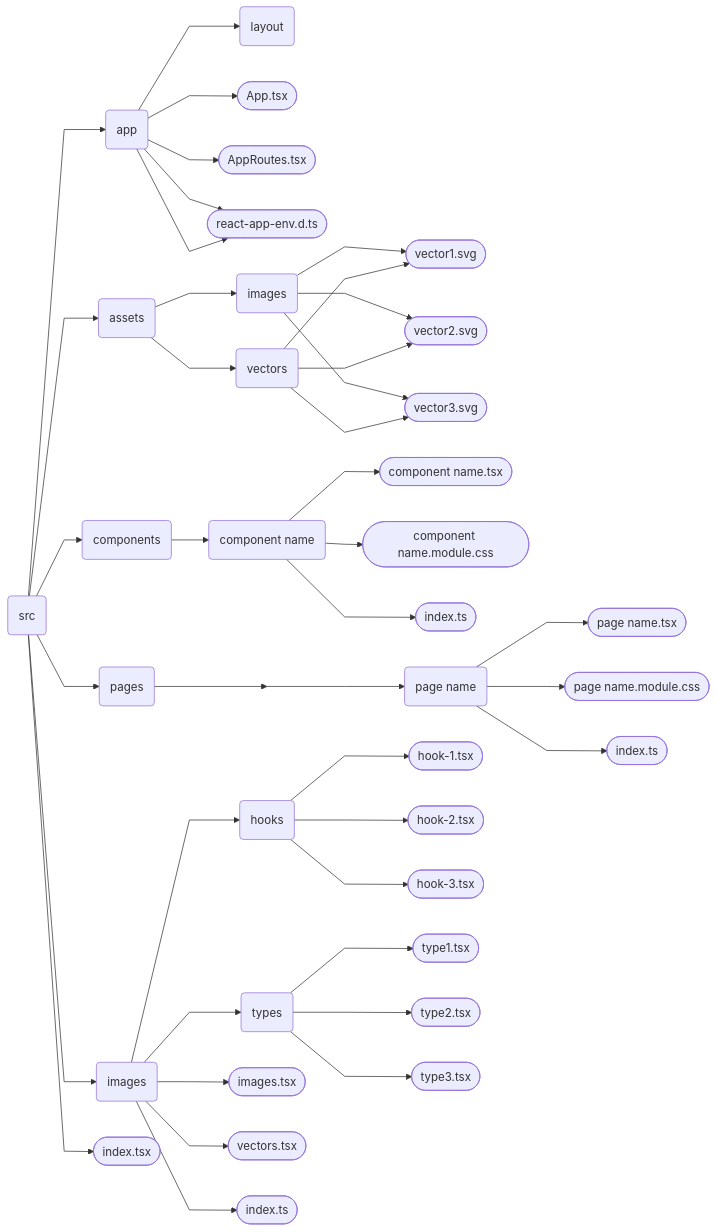
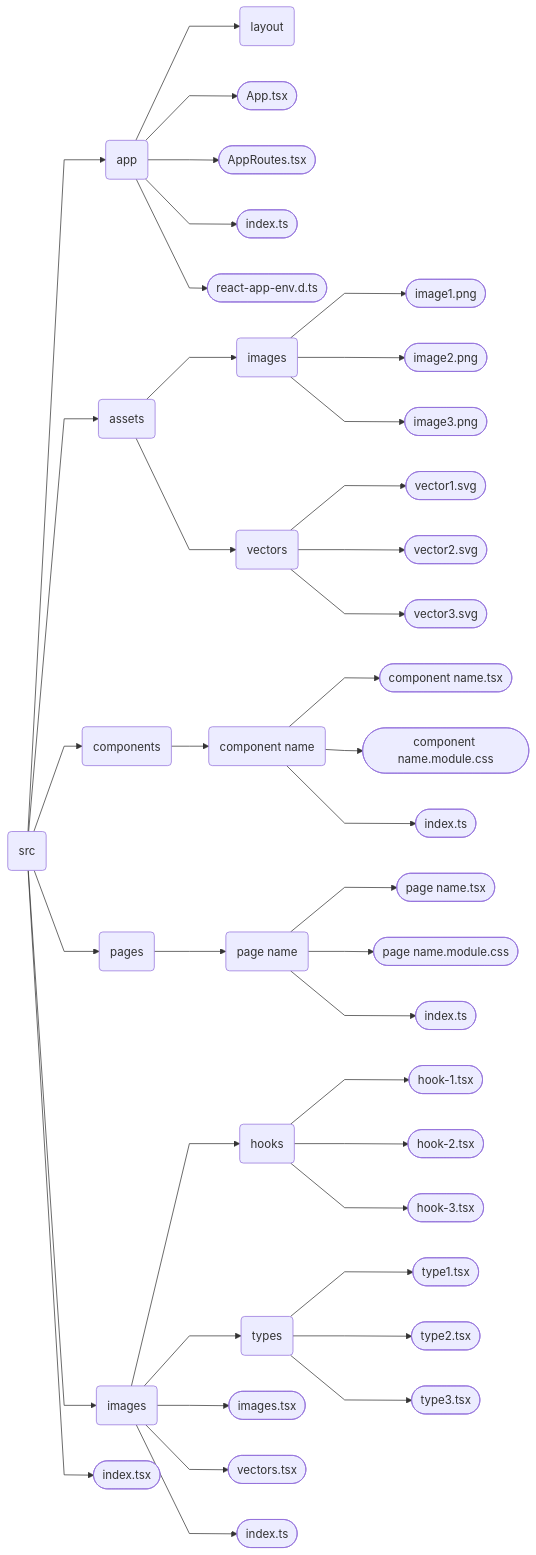
Before and after one commit to TereshonokMaksim/Unmanned-Project_FRONT: the diagram in README.md, drawn with Mermaid.

Commit message:
README preview testing

````diff
--- a/README.md
+++ b/README.md
@@ -106,64 +106,60 @@
 ```mermaid
 %%{ init : { "theme" : "default", "flowchart" : { "curve" : "linear" } }}%%
 
 flowchart LR
 
     A(src) --> L(app)
     A(src) --> K(assets)
     A(src) --> J(components)
     A(src) --> I(pages)
     A(src) --> H(shared)
     A(src) --> G([index.tsx])
 
 
     L(app) --> DB(layout)
     L(app) --> DC([App.tsx])
     L(app) --> DD([AppRoutes.tsx])
     L(app) --> DE([index.ts])
-    L(app) --> DE([react-app-env.d.ts])
+    L(app) --> DF([react-app-env.d.ts])
 
 
     K(assets) --> KB(images)
     K(assets) --> KC(vectors)
 
-    KB(images) --> KDB([image1.png])
-    KB(images) --> KDC([image2.png])
-    KB(images) --> KDD([image3.png])
+    KB(images) --> KBB([image1.png])
+    KB(images) --> KBC([image2.png])
+    KB(images) --> KBD([image3.png])
 
-    KC(vectors) --> KDB([vector1.svg])
-    KC(vectors) --> KDC([vector2.svg])
-    KC(vectors) --> KDD([vector3.svg])
+    KC(vectors) --> KCB([vector1.svg])
+    KC(vectors) --> KCC([vector2.svg])
+    KC(vectors) --> KCD([vector3.svg])
 
 
     J(components) --> JB(component name)
 
     JB(component name) --> JBA([component name.tsx])
     JB(component name) --> JBB([component name.module.css])
     JB(component name) --> JBC([index.ts])
 
 
-    IA(pages dummy):::hidden --> IB(page name)
+    I(pages) --> IB(page name)
 
     IB(page name) --> IBA([page name.tsx])
     IB(page name) --> IBB([page name.module.css])
     IB(page name) --> IBC([index.ts])
 
-    I --> IA
 
     H(images) --> HB(hooks)
     H(images) --> HC(types)
     H(images) --> HD([images.tsx])
     H(images) --> HE([vectors.tsx])
     H(images) --> HF([index.ts])
 
     HB(hooks) --> HBB([hook-1.tsx])
     HB(hooks) --> HBC([hook-2.tsx])
     HB(hooks) --> HBD([hook-3.tsx])
 
     HC(types) --> HCB([type1.tsx])
     HC(types) --> HCC([type2.tsx])
     HC(types) --> HCD([type3.tsx])
-
-
-    classDef hidden display: none
 ```
````
